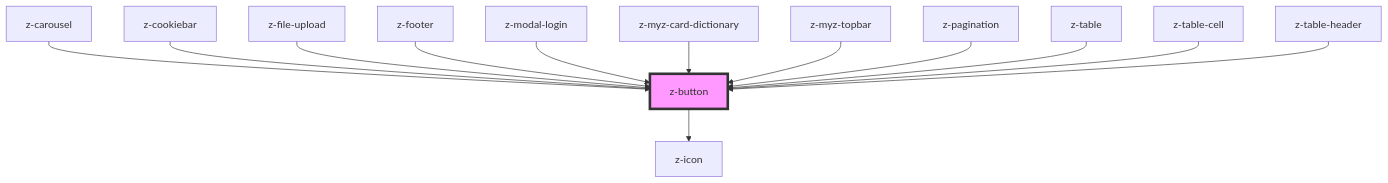
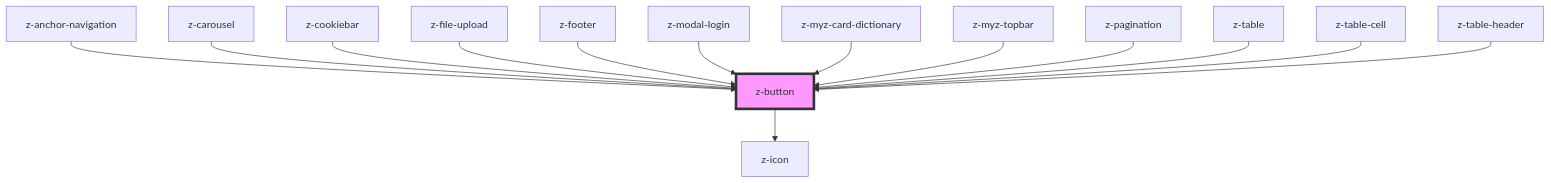
Before and after one commit to ZanichelliEditore/design-system: the diagram in src/components/buttons/z-button/readme.md, drawn with Mermaid. The commit also changed other lines of this file and 7 other files, not shown here.

````diff
--- a/src/components/buttons/z-button/readme.md
+++ b/src/components/buttons/z-button/readme.md
@@ -128,16 +129,17 @@
 ```mermaid
 graph TD;
   z-button --> z-icon
+  z-anchor-navigation --> z-button
   z-carousel --> z-button
   z-cookiebar --> z-button
   z-file-upload --> z-button
   z-footer --> z-button
   z-modal-login --> z-button
   z-myz-card-dictionary --> z-button
   z-myz-topbar --> z-button
   z-pagination --> z-button
   z-table --> z-button
   z-table-cell --> z-button
   z-table-header --> z-button
   style z-button fill:#f9f,stroke:#333,stroke-width:4px
 ```
````
